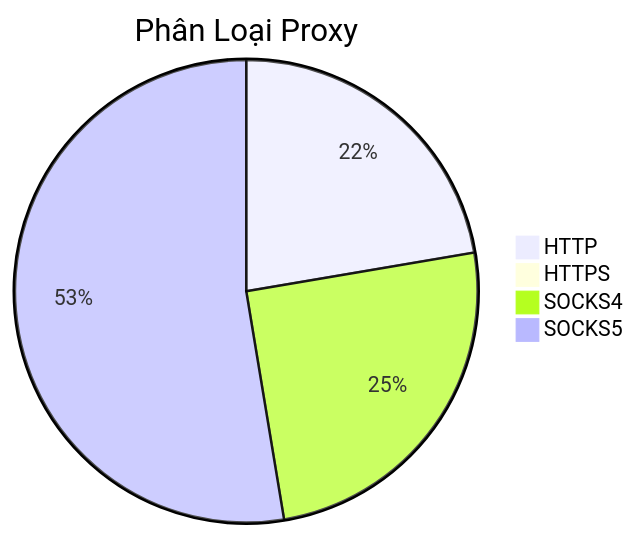
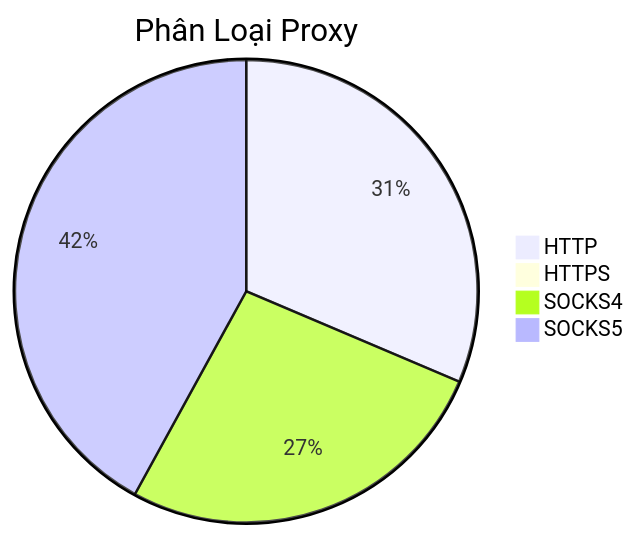
Before and after one commit to Ciara-12/PROXY-free: the diagram in README.md, drawn with Mermaid. The commit also changed other lines of this file and 3 other files, not shown here.

````diff
--- a/README.md
+++ b/README.md
@@ -26,7 +26,7 @@
 ```mermaid
 pie title Phân Loại Proxy
-    "HTTP" : 286
+    "HTTP" : 393
     "HTTPS" : 0
-    "SOCKS4" : 321
-    "SOCKS5" : 674
+    "SOCKS4" : 333
+    "SOCKS5" : 526
 ```
````
